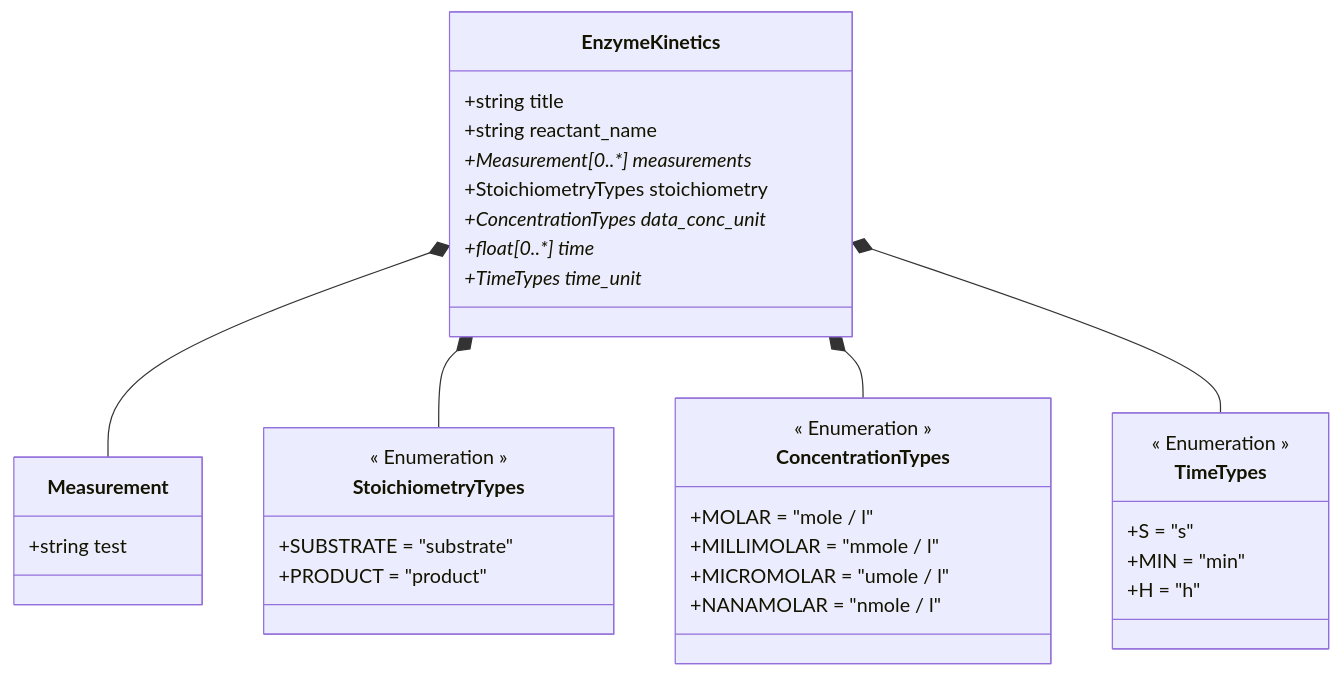
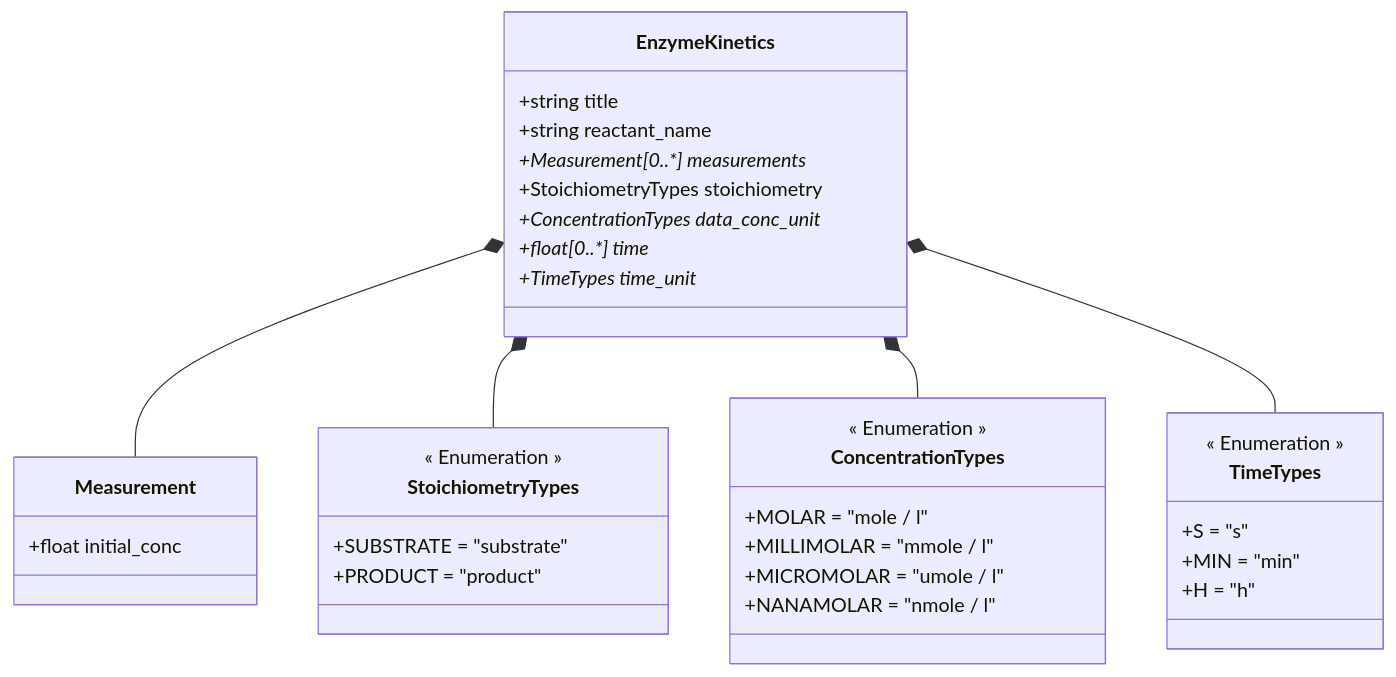
One commit to FAIRChemistry/EnzymePynetics changed the diagram in EnzymeKinetics/schemes/EnzymeKineticsDatamodel.md. Above: the diagram before and after it, drawn with Mermaid. The commit also changed 3 other files, not shown here.

````diff
--- a/EnzymeKinetics/schemes/EnzymeKineticsDatamodel.md
+++ b/EnzymeKinetics/schemes/EnzymeKineticsDatamodel.md
@@ -1,43 +1,43 @@
 ```mermaid
 classDiagram
     EnzymeKinetics *-- Measurement
     EnzymeKinetics *-- StoichiometryTypes
     EnzymeKinetics *-- ConcentrationTypes
     EnzymeKinetics *-- TimeTypes
     
     class EnzymeKinetics {
         +string title
         +string reactant_name
         +Measurement[0..*] measurements*
         +StoichiometryTypes stoichiometry
         +ConcentrationTypes data_conc_unit*
         +float[0..*] time*
         +TimeTypes time_unit*
     }
     
     class Measurement {
-        +string test
+        +float initial_conc
     }
     
     class StoichiometryTypes {
         << Enumeration >>
         +SUBSTRATE = "substrate"
         +PRODUCT = "product"
     }
     
     class ConcentrationTypes {
         << Enumeration >>
         +MOLAR = "mole / l"
         +MILLIMOLAR = "mmole / l"
         +MICROMOLAR = "umole / l"
         +NANAMOLAR = "nmole / l"
     }
     
     class TimeTypes {
         << Enumeration >>
         +S = "s"
         +MIN = "min"
         +H = "h"
     }
     
 ```
````
